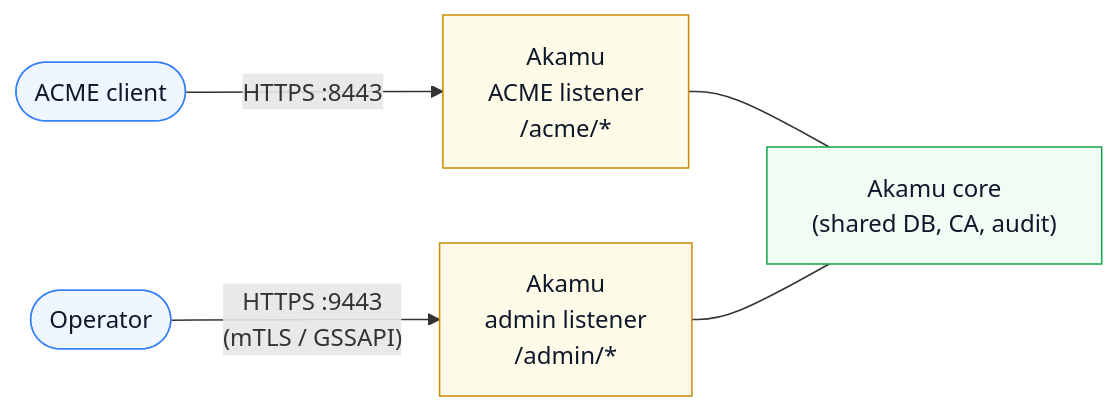
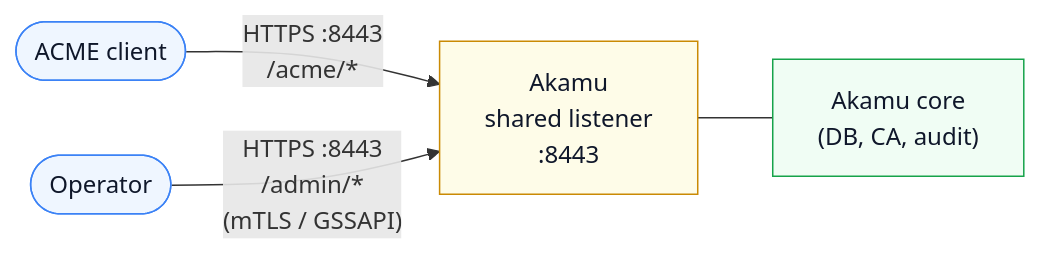
The diagram in docs/src/user/admin-api.md (czinda/akamu), drawn with Mermaid before and after one commit.

Commit message:
fix(docs): correct admin-api diagram to show shared listener
The admin API shares the ACME listener on :8443 — there is no
separate admin listener on :9443.

````diff
--- a/docs/src/user/admin-api.md
+++ b/docs/src/user/admin-api.md
@@ -10,14 +10,13 @@
 ```mermaid
 flowchart LR
-    AC([ACME client]) -->|"HTTPS :8443"| ACME["Akamu<br/>ACME listener<br/>/acme/*"]
-    OP([Operator]) -->|"HTTPS :9443<br/>(mTLS / GSSAPI)"| ADM["Akamu<br/>admin listener<br/>/admin/*"]
-    ACME --- CORE["Akamu core<br/>(shared DB, CA, audit)"]
-    ADM --- CORE
+    AC([ACME client]) -->|"HTTPS :8443<br/>/acme/*"| SRV["Akamu<br/>shared listener<br/>:8443"]
+    OP([Operator]) -->|"HTTPS :8443<br/>/admin/*<br/>(mTLS / GSSAPI)"| SRV
+    SRV --- CORE["Akamu core<br/>(DB, CA, audit)"]
 
     classDef client fill:#eff6ff,stroke:#3b82f6,color:#0f172a
     classDef listen fill:#fefce8,stroke:#ca8a04,color:#0f172a
     classDef core   fill:#f0fdf4,stroke:#16a34a,color:#0f172a
     class AC,OP client
-    class ACME,ADM listen
+    class SRV listen
     class CORE core
 ```
````
